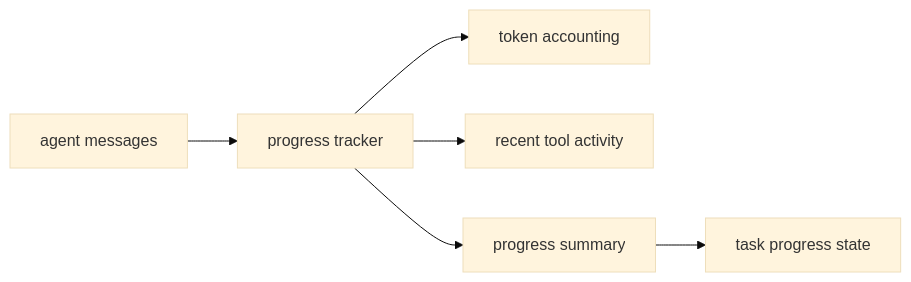
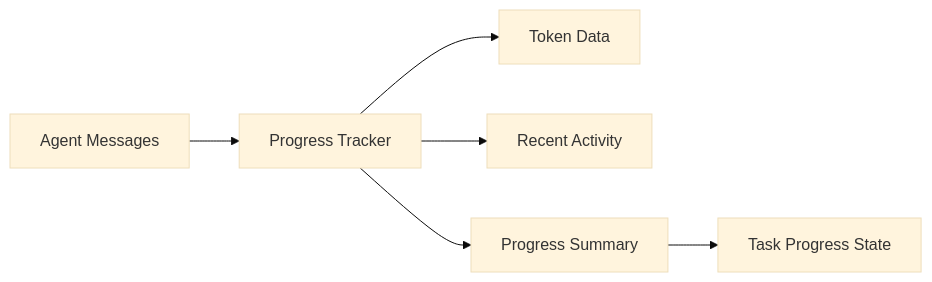
One commit to AICCer1/claude-code-build-architecture-deep-dive changed diagram 35 of 44 in docs/00-architecture-all-in-one.md. Above: the diagram before and after it, drawn with Mermaid (base theme). The commit also changed other lines of this file, not shown here.

Commit message:
Simplify section 10 Mermaid diagrams for compatibility

````diff
--- a/docs/00-architecture-all-in-one.md
+++ b/docs/00-architecture-all-in-one.md
@@ -843,8 +841,8 @@
 ```mermaid
 flowchart LR
-    AgentMessages[agent messages] --> ProgressTracker[progress tracker]
-    ProgressTracker --> Usage[token accounting]
-    ProgressTracker --> Activities[recent tool activity]
-    ProgressTracker --> Summary[progress summary]
-    Summary --> TaskState[task progress state]
+    B1[Agent Messages] --> B2[Progress Tracker]
+    B2 --> B3[Token Data]
+    B2 --> B4[Recent Activity]
+    B2 --> B5[Progress Summary]
+    B5 --> B6[Task Progress State]
 ```
````
